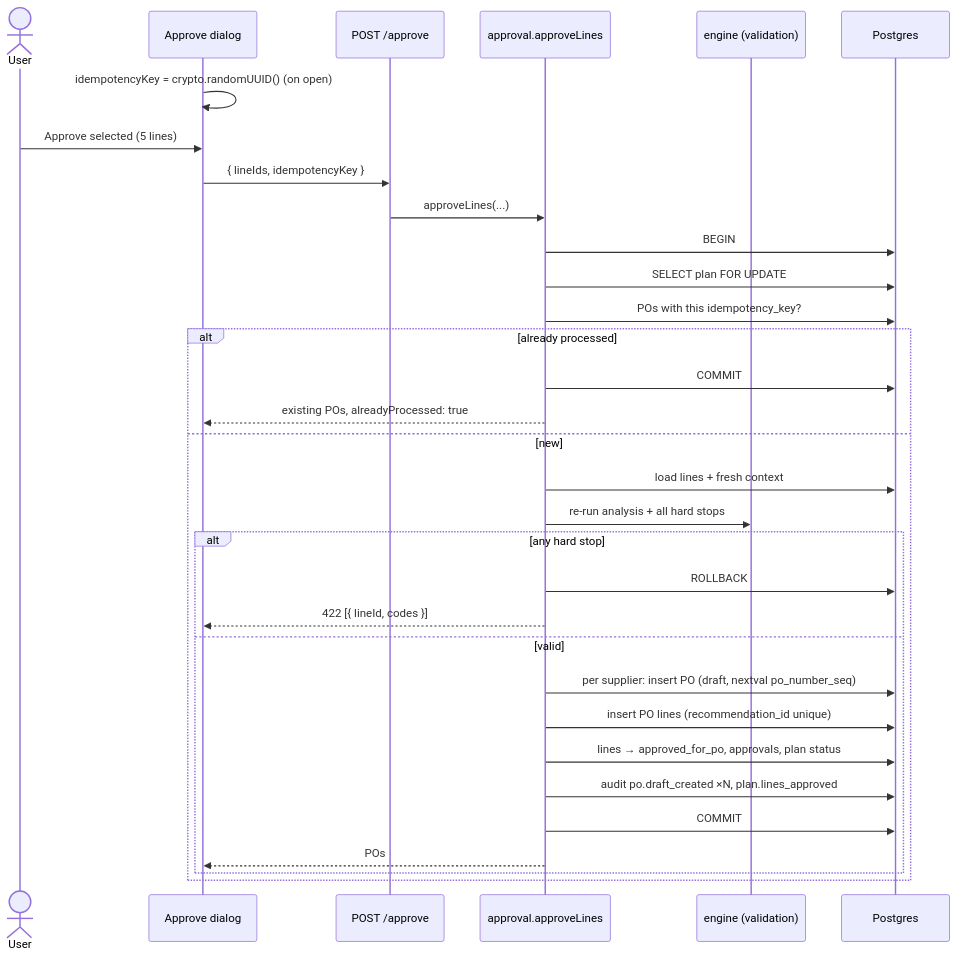
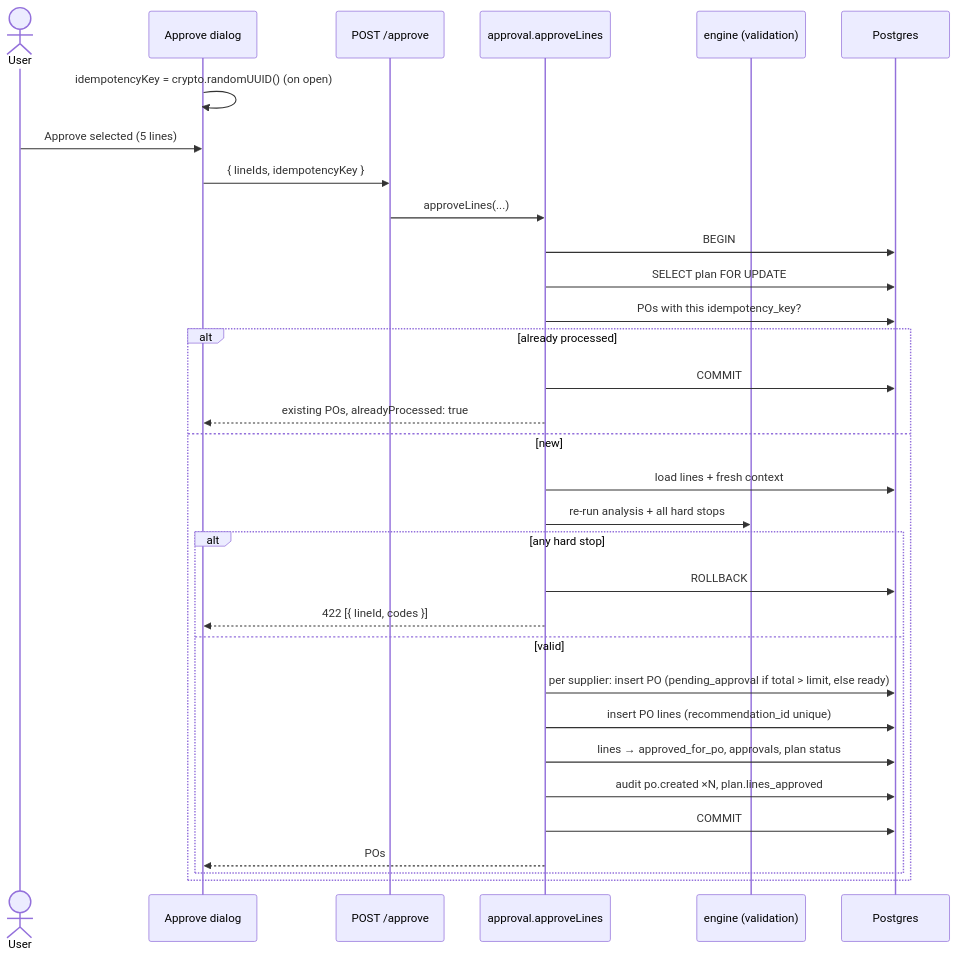
One commit to rushshah973/pharmaos changed the tenth of 22 diagrams in architecture.md. Above: the diagram before and after it, drawn with Mermaid. The commit also changed other lines of this file and 35 other files, not shown here.

````diff
--- a/architecture.md
+++ b/architecture.md
@@ -355,34 +353,34 @@
 ```mermaid
 sequenceDiagram
     actor U as User
     participant UI as Approve dialog
     participant API as POST /approve
     participant A as approval.approveLines
     participant E as engine (validation)
     participant DB as Postgres
     UI->>UI: idempotencyKey = crypto.randomUUID() (on open)
     U->>UI: Approve selected (5 lines)
     UI->>API: { lineIds, idempotencyKey }
     API->>A: approveLines(...)
     A->>DB: BEGIN
     A->>DB: SELECT plan FOR UPDATE
     A->>DB: POs with this idempotency_key?
     alt already processed
         A->>DB: COMMIT
         A-->>UI: existing POs, alreadyProcessed: true
     else new
         A->>DB: load lines + fresh context
         A->>E: re-run analysis + all hard stops
         alt any hard stop
             A->>DB: ROLLBACK
             A-->>UI: 422 [{ lineId, codes }]
         else valid
-            A->>DB: per supplier: insert PO (draft, nextval po_number_seq)
+            A->>DB: per supplier: insert PO (pending_approval if total > limit, else ready)
             A->>DB: insert PO lines (recommendation_id unique)
             A->>DB: lines → approved_for_po, approvals, plan status
-            A->>DB: audit po.draft_created ×N, plan.lines_approved
+            A->>DB: audit po.created ×N, plan.lines_approved
             A->>DB: COMMIT
             A-->>UI: POs
         end
     end
 ```
````
